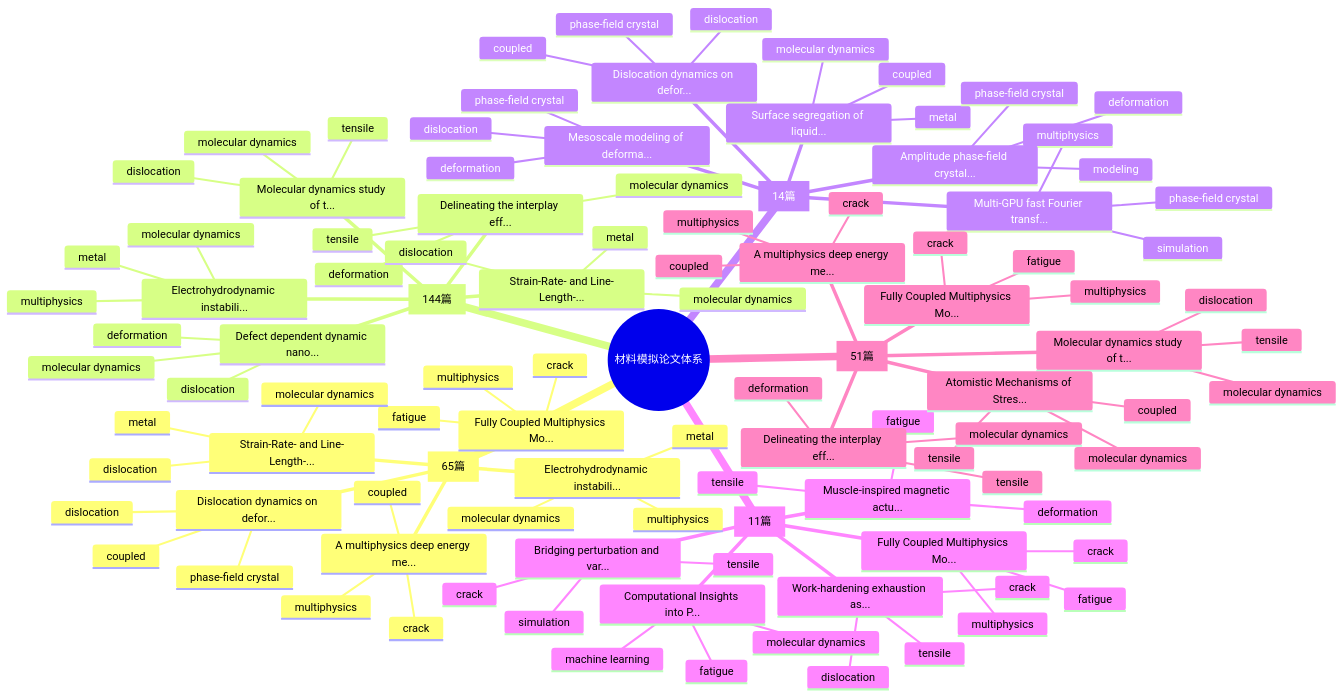
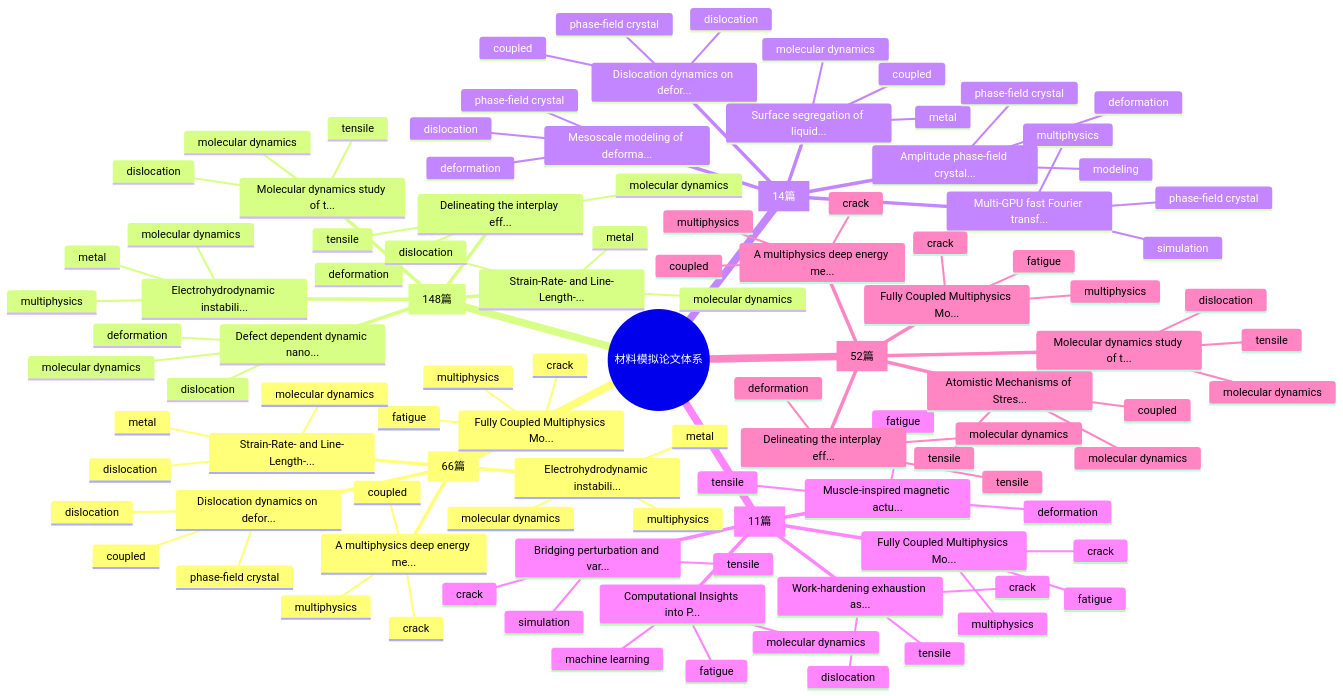
Before and after one commit to Shirakawa11111/BJK_readpaper: the first of 2 diagrams in README.md, drawn with Mermaid. The commit also changed other lines of this file and 11 other files, not shown here.

````diff
--- a/README.md
+++ b/README.md
@@ -94,7 +94,7 @@
 ```mermaid
 mindmap
   root((材料模拟论文体系))
-    Multiphysics Coupling [65篇]
+    Multiphysics Coupling [66篇]
       Fully Coupled Multiphysics Mo...
         fatigue
         multiphysics
@@ -115,7 +115,7 @@
         molecular dynamics
         dislocation
         metal
-    Molecular Dynamics [144篇]
+    Molecular Dynamics [148篇]
       Molecular dynamics study of t...
         molecular dynamics
         dislocation
@@ -178,7 +178,7 @@
         crack
         tensile
         simulation
-    Tensile / Deformation Simulation [51篇]
+    Tensile / Deformation Simulation [52篇]
       Fully Coupled Multiphysics Mo...
         fatigue
         multiphysics
````
